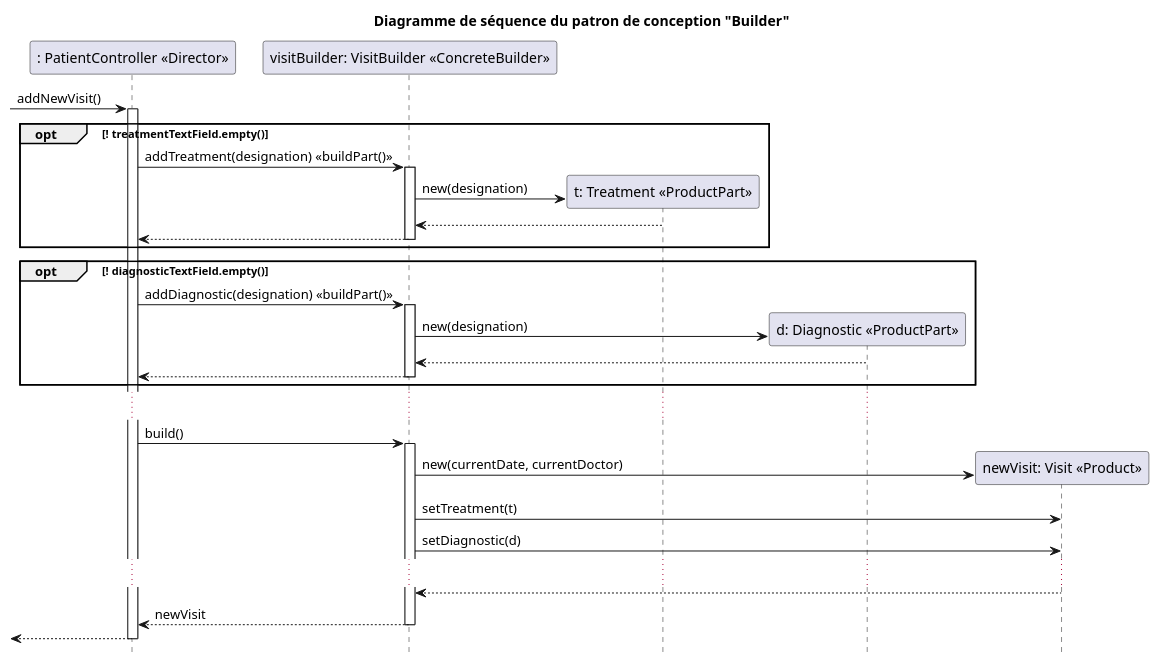
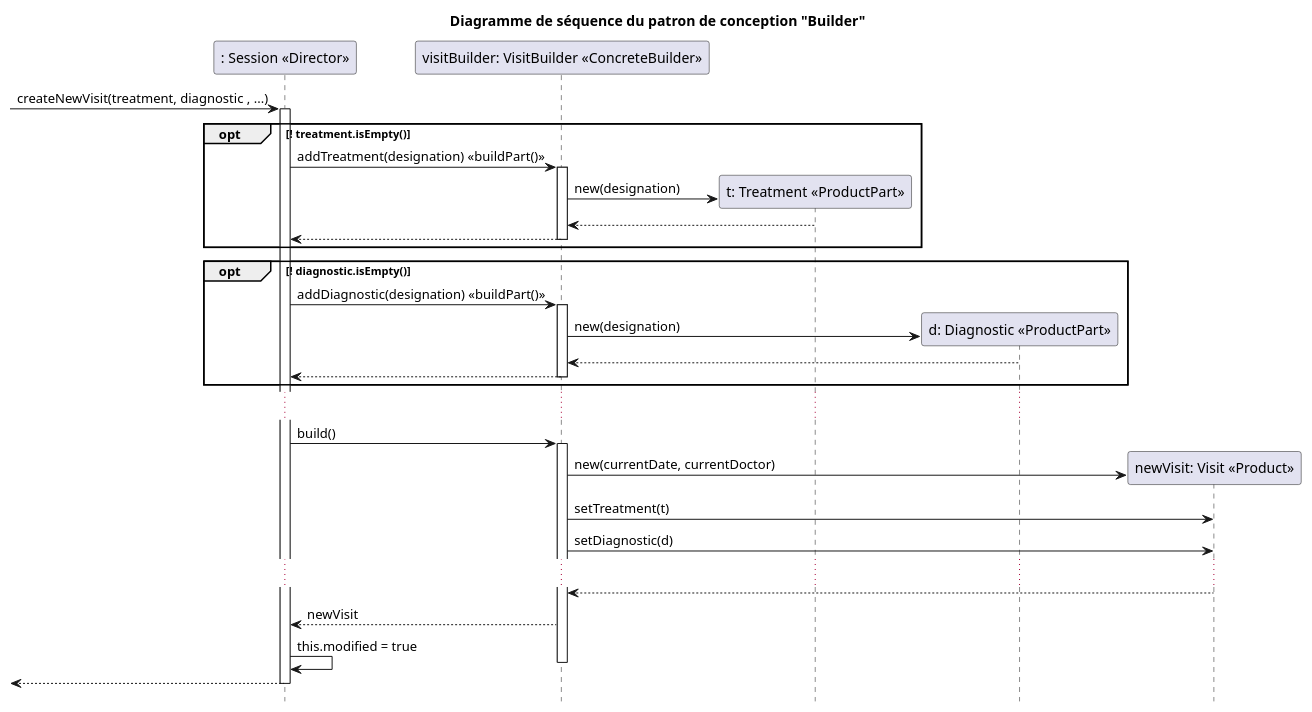
One commit to fethiuqam/INF5153-Projet-Session changed the diagram in models/Diagramme_Pattern/Pattern_builder/sequence_diagram.puml. Above: the diagram before and after it, drawn with PlantUML. The commit also changed 14 other files, not shown here.

Commit message:
mise a jour des diagrammes des patern

```diff
--- a/models/Diagramme_Pattern/Pattern_builder/sequence_diagram.puml
+++ b/models/Diagramme_Pattern/Pattern_builder/sequence_diagram.puml
@@ -1,47 +1,48 @@
 @startuml
 
 hide footbox
 title Diagramme de séquence du patron de conception "Builder"
 
 
-participant ": PatientController <<Director>>" as D
+participant ": Session <<Director>>" as D
 participant "visitBuilder: VisitBuilder <<ConcreteBuilder>>" as B
 
-[-> D: addNewVisit()
+[-> D: createNewVisit(treatment, diagnostic , ...)
 activate D
 
-opt ! treatmentTextField.empty()
+opt ! treatment.isEmpty()
 D -> B: addTreatment(designation) <<buildPart()>>
 activate B
 create participant "t: Treatment <<ProductPart>>" as PP
 B -> PP: new(designation)
 PP --> B
 B --> D
 deactivate B
 end
 
-opt ! diagnosticTextField.empty()
+opt ! diagnostic.isEmpty()
 D -> B: addDiagnostic(designation) <<buildPart()>>
 activate B
 create participant "d: Diagnostic <<ProductPart>>" as DP
 B -> DP: new(designation)
 DP --> B
 B --> D
 deactivate B
 end
 ...
 
 D -> B: build()
 activate B
 create "newVisit: Visit <<Product>>" as P
 B -> P: new(currentDate, currentDoctor)
 B -> P: setTreatment(t)
 B -> P: setDiagnostic(d)
 ...
 P --> B
 B --> D: newVisit
+D -> D : this.modified = true
 deactivate B
 [<-- D:
 deactivate D
 
 @enduml
```
